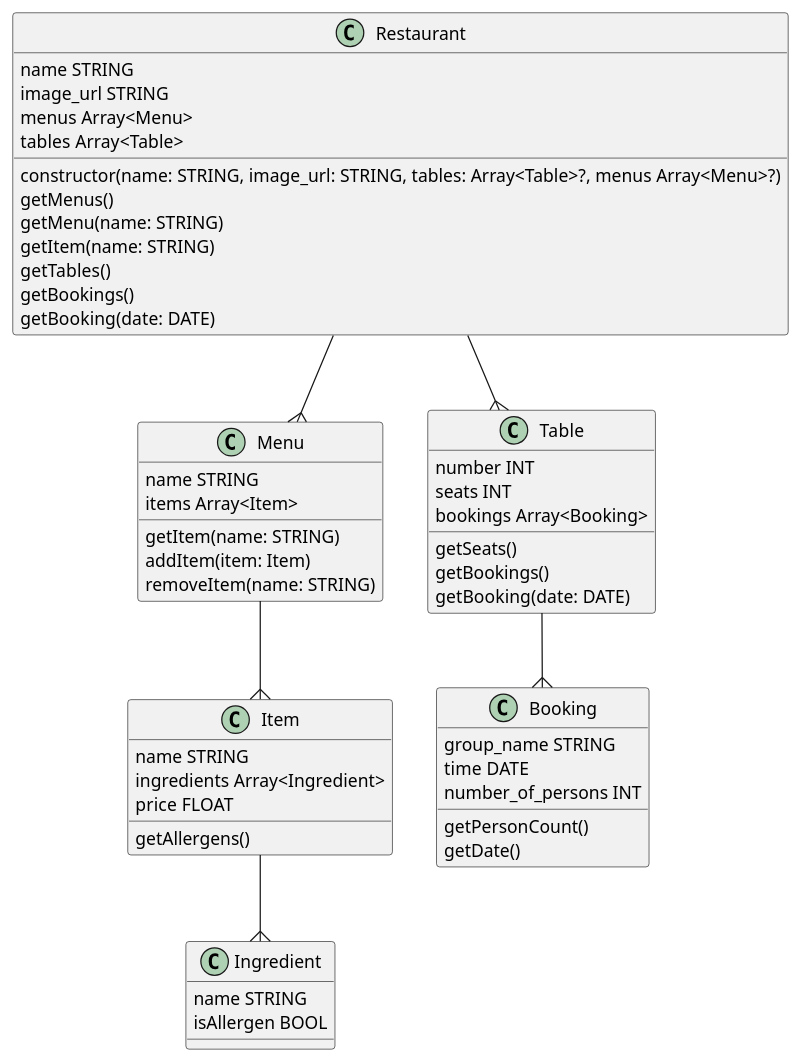
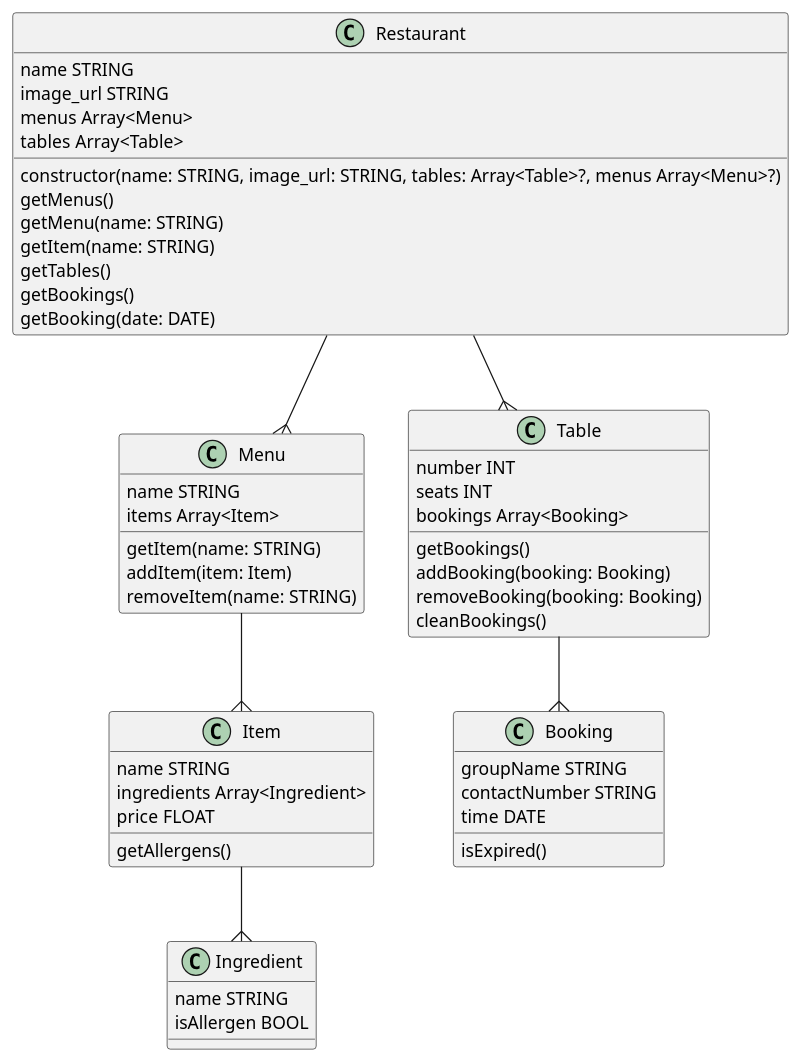
The diagram in docs/models/restaurant.plantuml (michael-bailey/js-restaurant), drawn with PlantUML before and after one commit.

Commit message:
updated uml

```diff
--- a/docs/models/restaurant.plantuml
+++ b/docs/models/restaurant.plantuml
@@ -1,69 +1,69 @@
 @startuml Restaurant
 
 ' notes
 ' note top of Restaurant : This is the main class of the module
 ' note left of Table : This Represents a sing table in the Restaurant 
 
 class Restaurant {
     name STRING
     image_url STRING
     menus Array<Menu>
     tables Array<Table>
 
     constructor(name: STRING, image_url: STRING, tables: Array<Table>?, menus Array<Menu>?)
     getMenus()
     getMenu(name: STRING)
     getItem(name: STRING)
     getTables()
     getBookings()
     getBooking(date: DATE)
 }
 
 class Menu {
     name STRING
     items Array<Item>
 
     getItem(name: STRING)
     addItem(item: Item)
     removeItem(name: STRING)
 }
 
 class Item {
     name STRING
     ingredients Array<Ingredient>
     price FLOAT
 
     getAllergens()
 }
 
 class Table {
     number INT
     seats INT
     bookings Array<Booking>
 
-    getSeats()
     getBookings()
-    getBooking(date: DATE)
+    addBooking(booking: Booking)
+    removeBooking(booking: Booking)
+    cleanBookings()
 }
 
 class Booking {
-    group_name STRING
+    groupName STRING
+    contactNumber STRING
     time DATE
-    number_of_persons INT
 
-    getPersonCount()
-    getDate()
+    isExpired()
 }
 
 class Ingredient {
     name STRING
     isAllergen BOOL
 }
 
 Restaurant--{Menu
 Menu--{Item
 Item--{Ingredient
 Restaurant--{Table
 Table--{Booking
 
 @enduml
```
